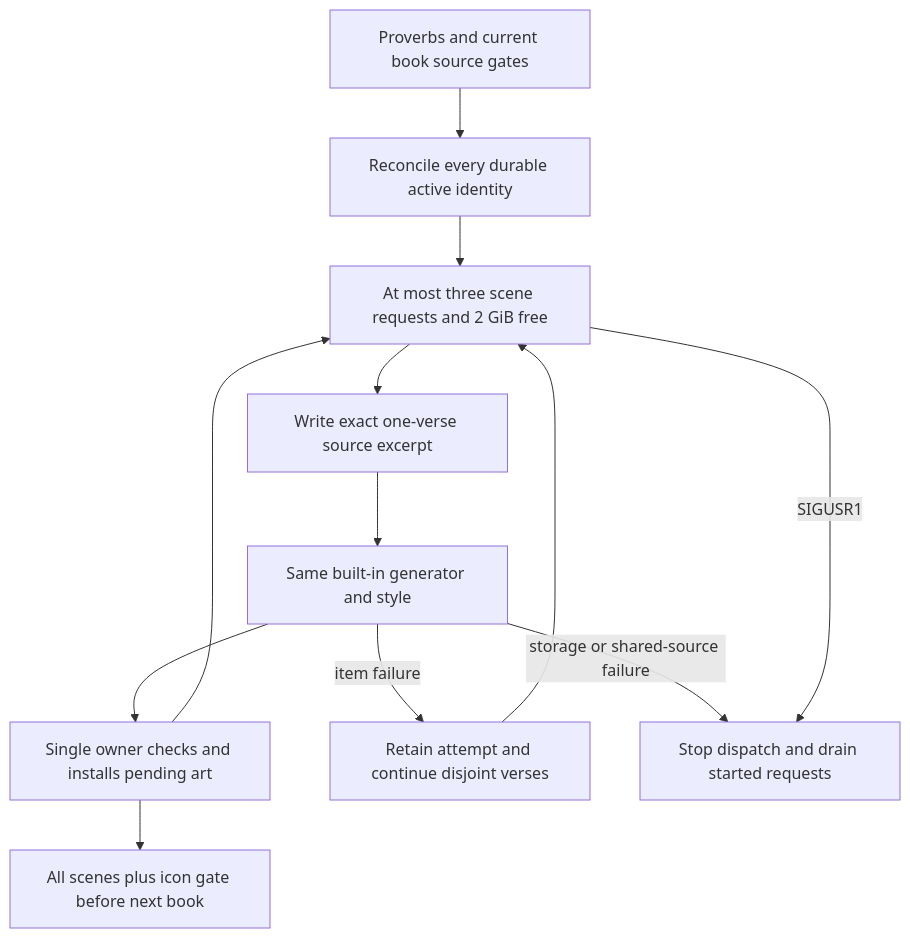
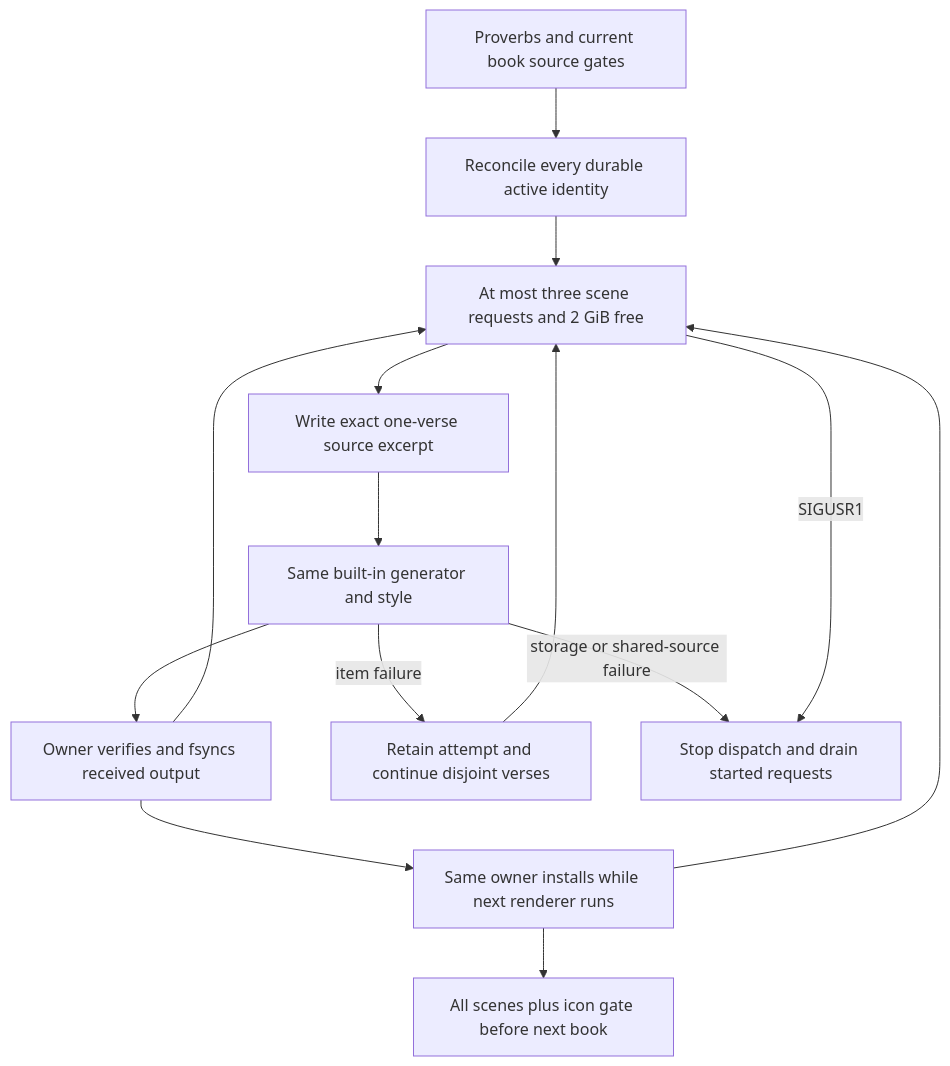
The eighth of 8 diagrams in spec-chirho/workflows-chirho/art-recovery-chirho.md (loveJesus/visual-biblical-language-reader-chirho), drawn with Mermaid before and after one commit. The commit also changed other lines of this file and 6 other files, not shown here.

First line of the commit message:
Publish bounded renderer lookahead and archive-frontier recovery chirho

````diff
--- a/spec-chirho/workflows-chirho/art-recovery-chirho.md
+++ b/spec-chirho/workflows-chirho/art-recovery-chirho.md
@@ -321,14 +321,16 @@
 ```mermaid
 flowchart TD
     gates_chirho[Proverbs and current book source gates] --> recover_chirho[Reconcile every durable active identity]
     recover_chirho --> capacity_chirho[At most three scene requests and 2 GiB free]
     capacity_chirho --> excerpt_chirho[Write exact one-verse source excerpt]
     excerpt_chirho --> generators_chirho[Same built-in generator and style]
-    generators_chirho --> owner_chirho[Single owner checks and installs pending art]
+    generators_chirho --> prepared_chirho[Owner verifies and fsyncs received output]
+    prepared_chirho --> capacity_chirho
+    prepared_chirho --> owner_chirho[Same owner installs while next renderer runs]
     owner_chirho --> capacity_chirho
     generators_chirho -->|item failure| hold_chirho[Retain attempt and continue disjoint verses]
     hold_chirho --> capacity_chirho
     generators_chirho -->|storage or shared-source failure| drain_chirho[Stop dispatch and drain started requests]
     capacity_chirho -->|SIGUSR1| drain_chirho
     owner_chirho --> boundary_chirho[All scenes plus icon gate before next book]
 ```
````
